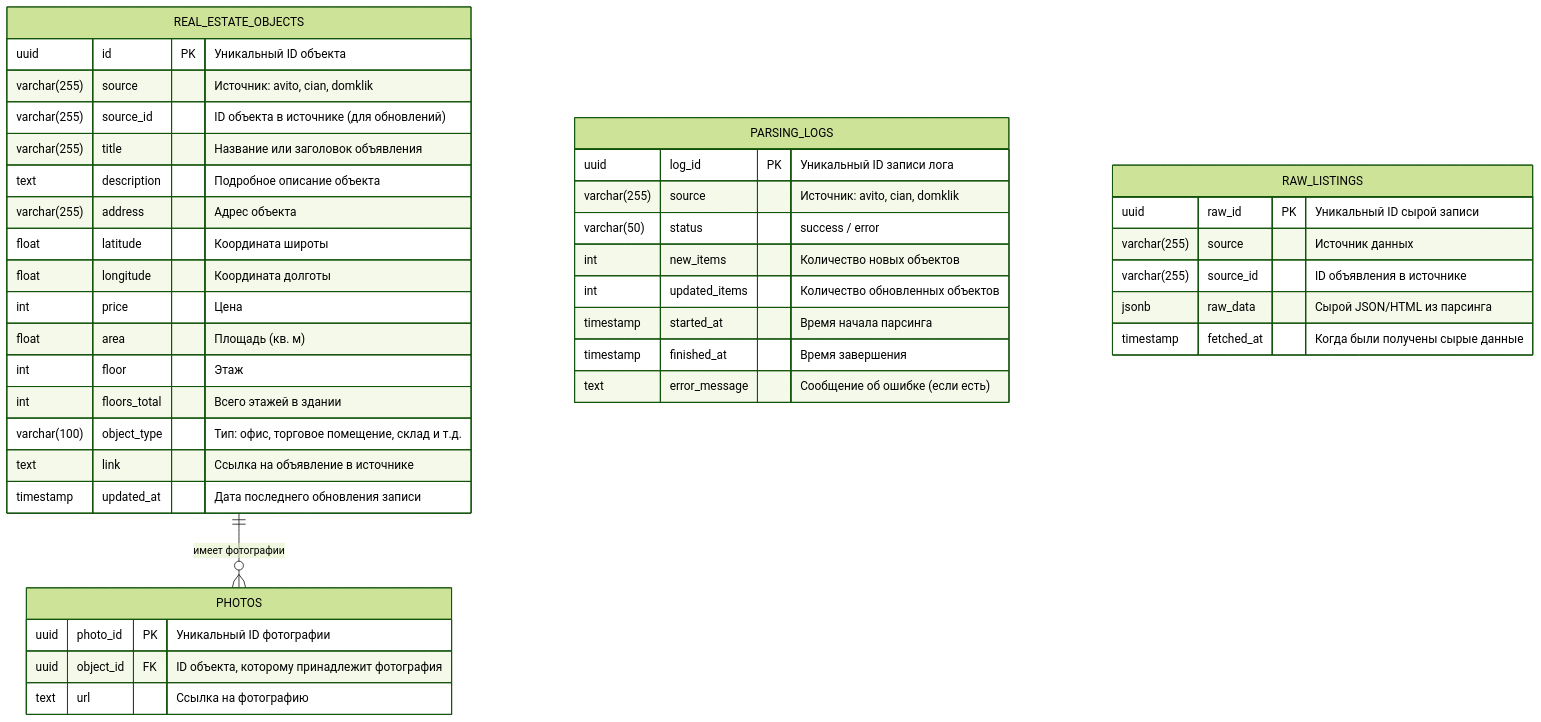
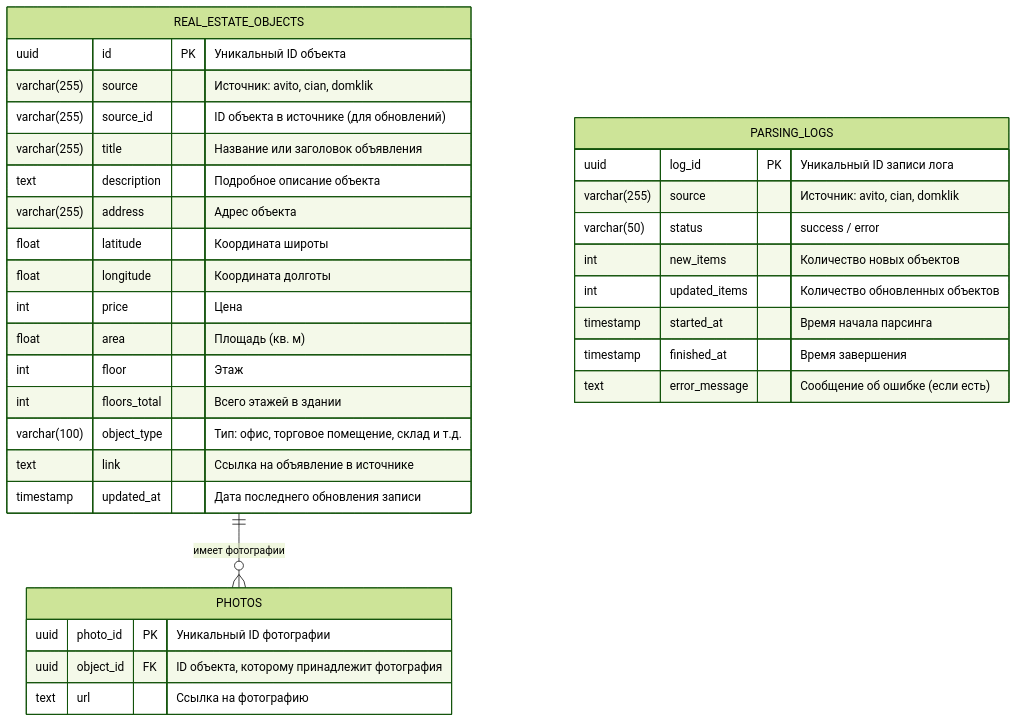
Before and after one commit to BruhWhyMeHaveNoIdea/hackathon: the diagram in docs/database.md, drawn with Mermaid (forest theme).

````diff
--- a/docs/database.md
+++ b/docs/database.md
@@ -1,48 +1,40 @@
 ```mermaid
 erDiagram
 
     REAL_ESTATE_OBJECTS ||--o{ PHOTOS : "имеет фотографии"
 
     REAL_ESTATE_OBJECTS {
         uuid id PK "Уникальный ID объекта"
         varchar(255) source "Источник: avito, cian, domklik"
         varchar(255) source_id "ID объекта в источнике (для обновлений)"
         varchar(255) title "Название или заголовок объявления"
         text description "Подробное описание объекта"
         varchar(255) address "Адрес объекта"
         float latitude "Координата широты"
         float longitude "Координата долготы"
         int price "Цена"
         float area "Площадь (кв. м)"
         int floor "Этаж"
         int floors_total "Всего этажей в здании"
         varchar(100) object_type "Тип: офис, торговое помещение, склад и т.д."
         text link "Ссылка на объявление в источнике"
         timestamp updated_at "Дата последнего обновления записи"
     }
 
     PHOTOS {
         uuid photo_id PK "Уникальный ID фотографии"
         uuid object_id FK "ID объекта, которому принадлежит фотография"
         text url "Ссылка на фотографию"
     }
 
     PARSING_LOGS {
         uuid log_id PK "Уникальный ID записи лога"
         varchar(255) source "Источник: avito, cian, domklik"
         varchar(50) status "success / error"
         int new_items "Количество новых объектов"
         int updated_items "Количество обновленных объектов"
         timestamp started_at "Время начала парсинга"
         timestamp finished_at "Время завершения"
         text error_message "Сообщение об ошибке (если есть)"
     }
-
-    RAW_LISTINGS {
-        uuid raw_id PK "Уникальный ID сырой записи"
-        varchar(255) source "Источник данных"
-        varchar(255) source_id "ID объявления в источнике"
-        jsonb raw_data "Сырой JSON/HTML из парсинга"
-        timestamp fetched_at "Когда были получены сырые данные"
-    }
 ```
````
